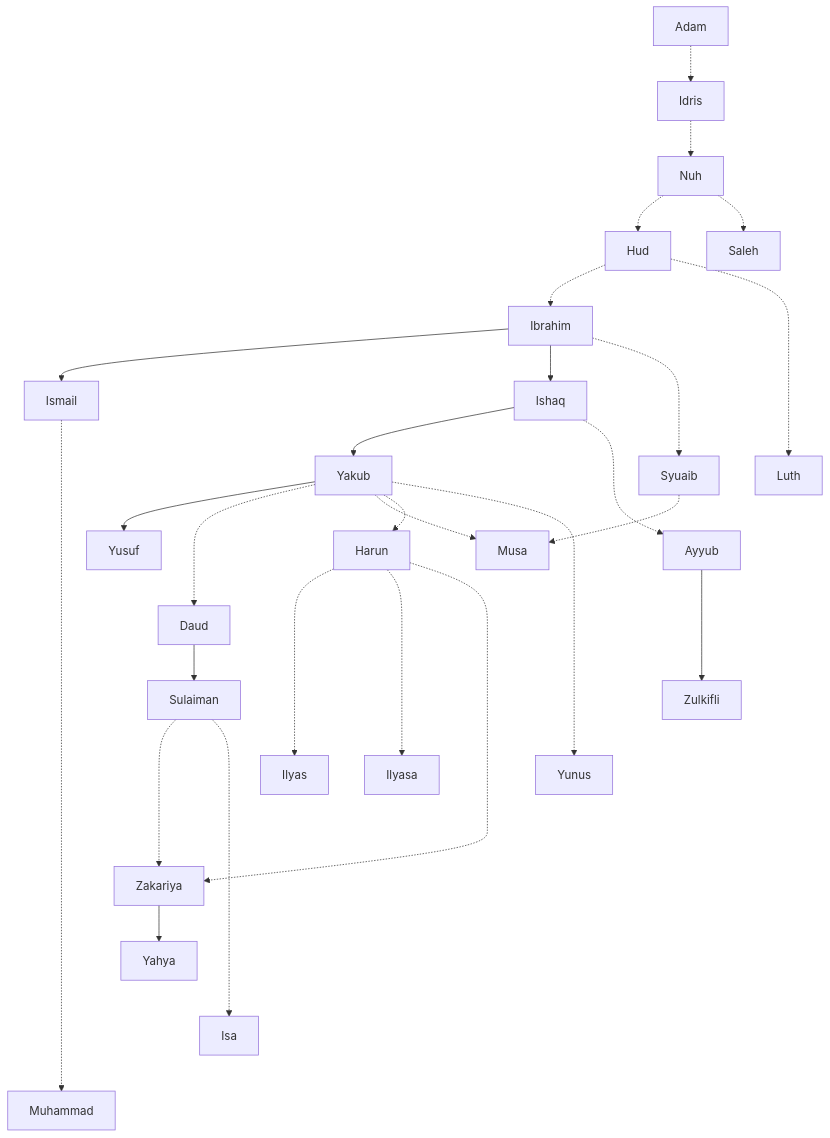
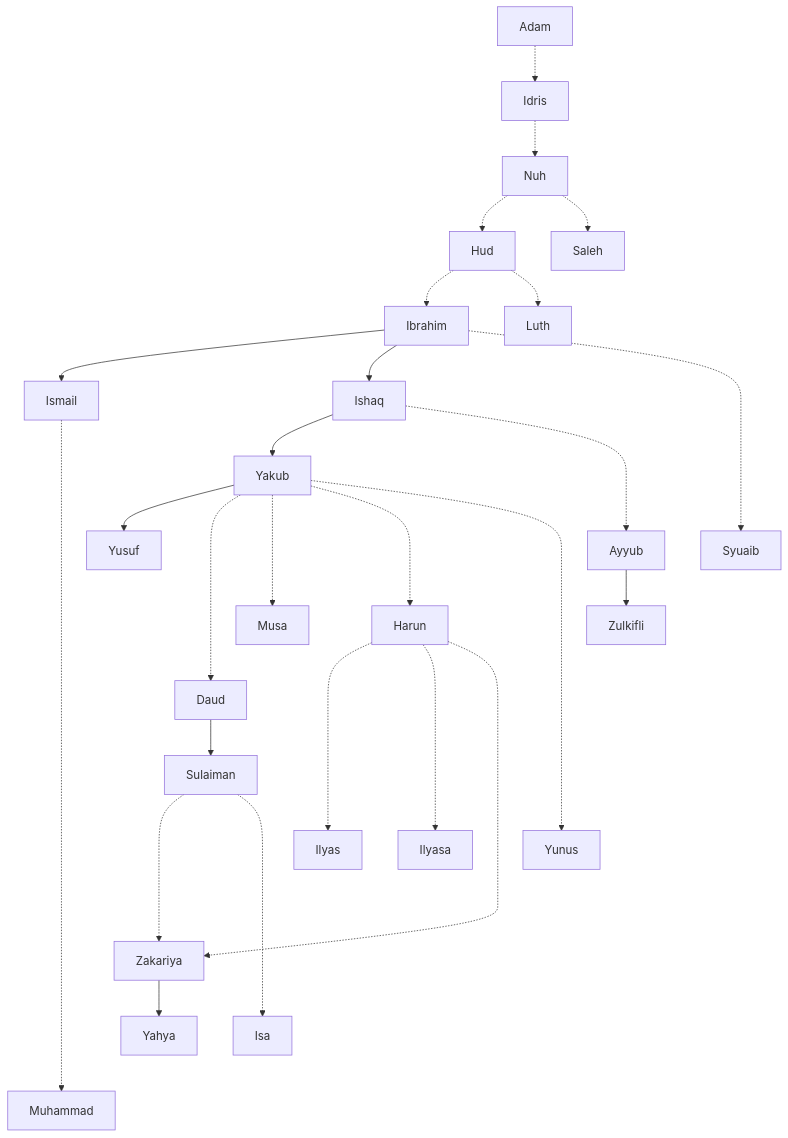
Before and after one commit to bagustris/kisah-nabi: the diagram in index.md, drawn with Mermaid. The commit also changed other lines of this file, not shown here.

````diff
--- a/index.md
+++ b/index.md
@@ -9,55 +9,54 @@
 ```mermaid
 graph TD
     Adam -.-> Idris
     Idris -.-> Nuh
     Nuh -.-> Hud
     Nuh -.-> Saleh
     Hud -.-> Ibrahim
     Hud -.-> Luth
-    Luth ~~~ Ayyub
     Ibrahim --> Ismail
     Ibrahim --> Ishaq
     Ishaq --> Yakub
     Yakub --> Yusuf
     Ishaq -..-> Ayyub
-    Ibrahim -.-> Syuaib
-    Syuaib -.-> Musa
-    Ayyub ---> Zulkifli
-    Yakub -..-> Daud
-    Yakub -.-> Musa
-    Yakub -.-> Harun
+    Ibrahim -...-> Syuaib
+    Ayyub --> Zulkifli
+    Yakub -...-> Daud
+    Yakub -..-> Musa
+    Yakub -..-> Harun
     Daud --> Sulaiman
     Sulaiman -..-> Zakariya
-    Sulaiman -.....-> Isa
+    Sulaiman -....-> Isa
     Harun -...-> Ilyas
     Harun -...-> Ilyasa
     Harun -.....-> Zakariya
-    Yakub -....-> Yunus
+    Yakub -.....-> Yunus
     Zakariya --> Yahya
     Ismail -..........-> Muhammad
 
     click Adam href "https://bagustris.github.io/kisah-nabi/adam"
     click Idris href "https://bagustris.github.io/kisah-nabi/idris"
     click Nuh href "https://bagustris.github.io/kisah-nabi/nuh"
     click Hud href "https://bagustris.github.io/kisah-nabi/hud"
     click Saleh href "https://bagustris.github.io/kisah-nabi/saleh"
     click Ibrahim href "https://bagustris.github.io/kisah-nabi/ibrahim"
+    click Luth href "https://bagustris.github.io/kisah-nabi/luth"
     click Ismail href "https://bagustris.github.io/kisah-nabi/ismail"
     click Ishaq href "https://bagustris.github.io/kisah-nabi/ishaq"
-    click Yaqub href "https://bagustris.github.io/kisah-nabi/yaqub"
+    click Yakub href "https://bagustris.github.io/kisah-nabi/yakub"
     click Yusuf href "https://bagustris.github.io/kisah-nabi/yusuf"
     click Ayyub href "https://bagustris.github.io/kisah-nabi/ayyub"
-    click Shuaib href "https://bagustris.github.io/kisah-nabi/shuaib"
+    click Syuaib href "https://bagustris.github.io/kisah-nabi/syuaib"
     click Musa href "https://bagustris.github.io/kisah-nabi/musa"
     click Harun href "https://bagustris.github.io/kisah-nabi/harun"
     click Zulkifli href "https://bagustris.github.io/kisah-nabi/zulkifli"
     click Daud href "https://bagustris.github.io/kisah-nabi/daud"
     click Sulaiman href "https://bagustris.github.io/kisah-nabi/sulaiman"
     click Ilyas href "https://bagustris.github.io/kisah-nabi/ilyas"
     click Ilyasa href "https://bagustris.github.io/kisah-nabi/ilyasa"
     click Yunus href "https://bagustris.github.io/kisah-nabi/yunus"
     click Zakariya href "https://bagustris.github.io/kisah-nabi/zakariya"
     click Yahya href "https://bagustris.github.io/kisah-nabi/yahya"
     click Isa href "https://bagustris.github.io/kisah-nabi/isa"
     click Muhammad href "https://bagustris.github.io/kisah-nabi/muhammad"
 ```
````
